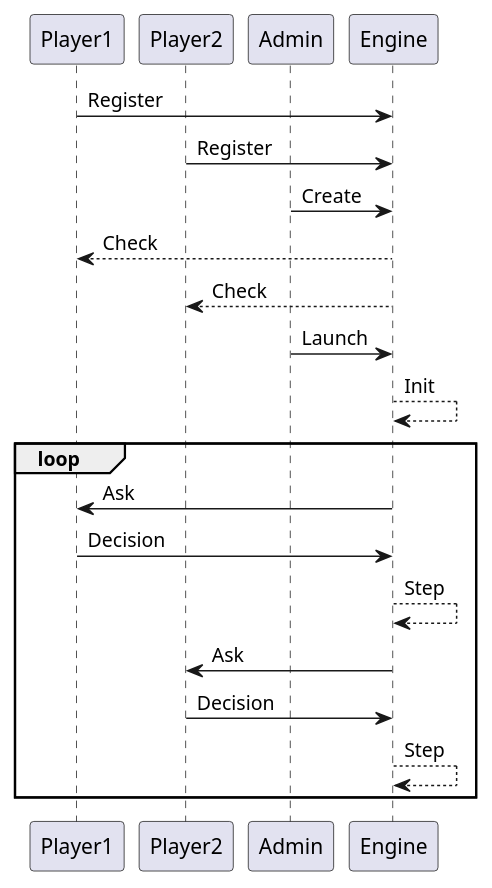
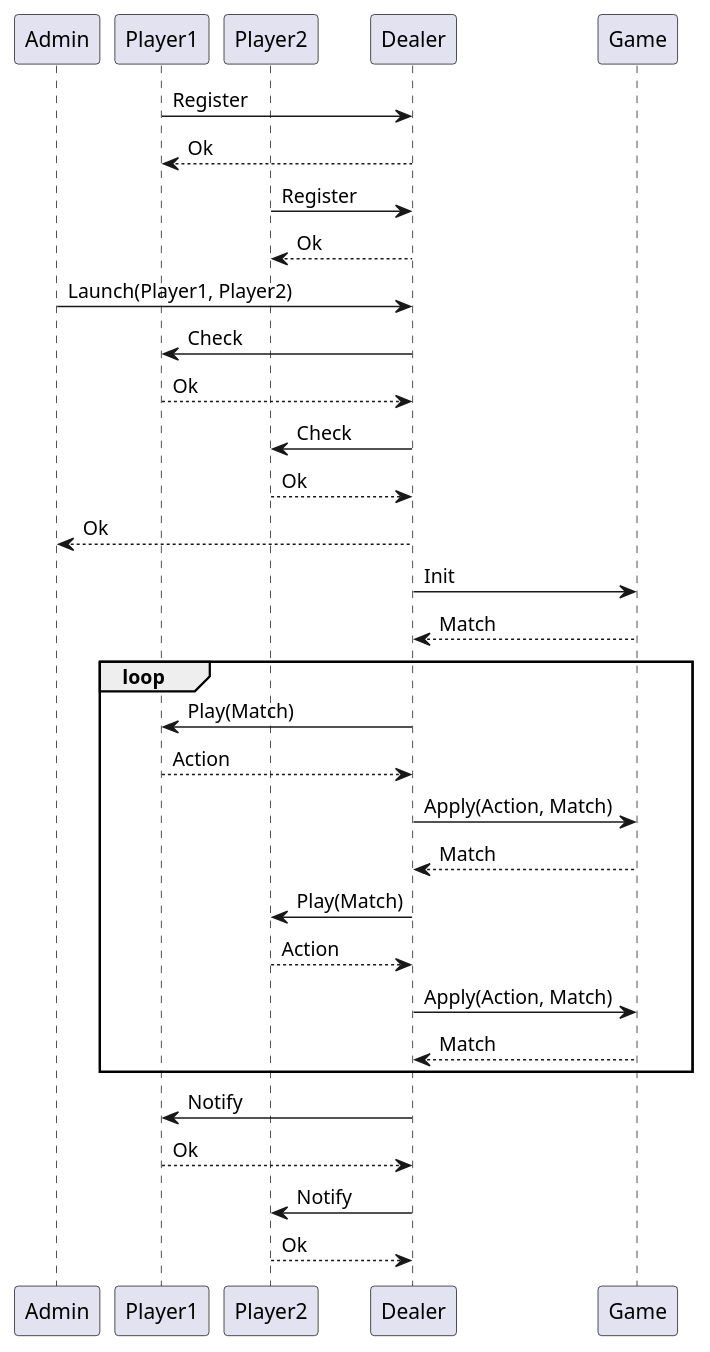
Before and after one commit to SerliDojo/dice-arena: the diagram in doc/diagrams/game-sequence.puml, drawn with PlantUML.

Commit message:
Distinction between Dealer (arena) and Game (engine)

```diff
--- a/doc/diagrams/game-sequence.puml
+++ b/doc/diagrams/game-sequence.puml
@@ -1,24 +1,40 @@
 @startuml
+participant Admin
 participant Player1
 participant Player2
-participant Admin
+participant Dealer
+participant Game
 
-Player1 -> Engine: Register
-Player2 -> Engine: Register
+Player1 -> Dealer: Register
+Dealer --> Player1: Ok
+Player2 -> Dealer: Register
+Dealer --> Player2: Ok
 
-Admin -> Engine: Create
-Engine --> Player1: Check
-Engine --> Player2: Check
+Admin -> Dealer: Launch(Player1, Player2)
+Dealer -> Player1: Check
+Player1 --> Dealer: Ok
+Dealer -> Player2: Check
+Player2 --> Dealer: Ok
+Dealer --> Admin: Ok
 
-Admin -> Engine: Launch
-Engine --> Engine: Init
+Dealer -> Game: Init
+Game --> Dealer: Match
+
 loop
-  Engine -> Player1: Ask
-  Player1 -> Engine: Decision
-  Engine --> Engine: Step
-  Engine -> Player2: Ask
-  Player2 -> Engine: Decision
-  Engine --> Engine: Step
+  Dealer -> Player1: Play(Match)
+  Player1 --> Dealer: Action
+  Dealer -> Game: Apply(Action, Match)
+  Game --> Dealer: Match
+
+  Dealer -> Player2: Play(Match)
+  Player2 --> Dealer: Action
+  Dealer -> Game: Apply(Action, Match)
+  Game --> Dealer: Match
 end
 
+Dealer -> Player1: Notify
+Player1 --> Dealer: Ok
+Dealer -> Player2: Notify
+Player2 --> Dealer: Ok
+
 @enduml
```
